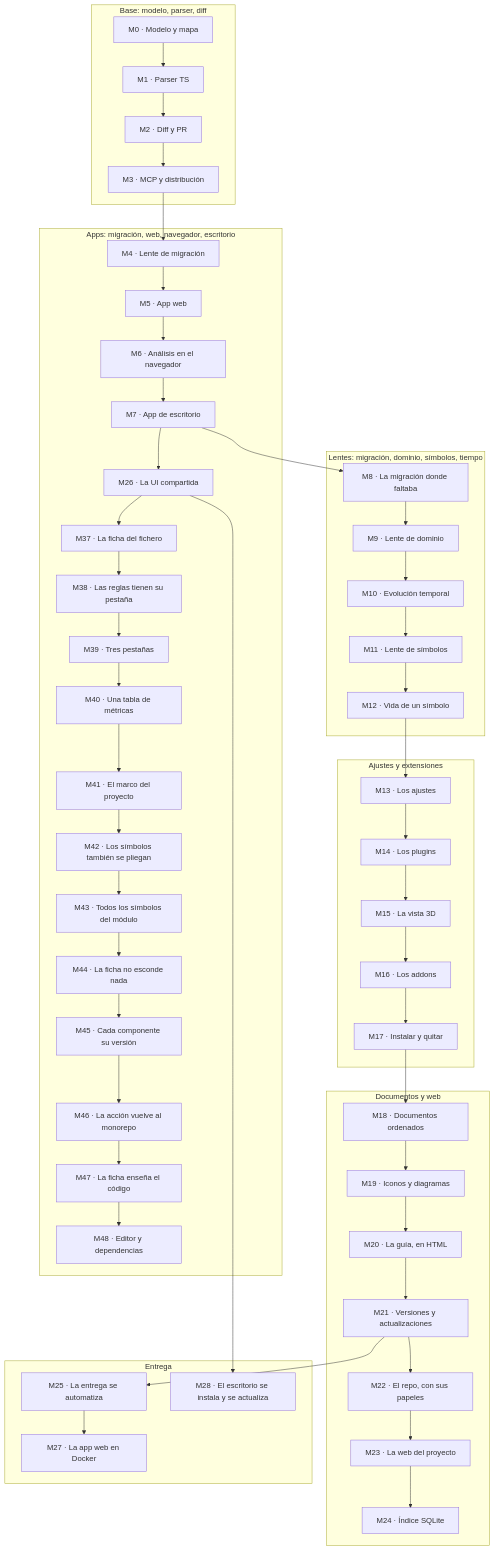
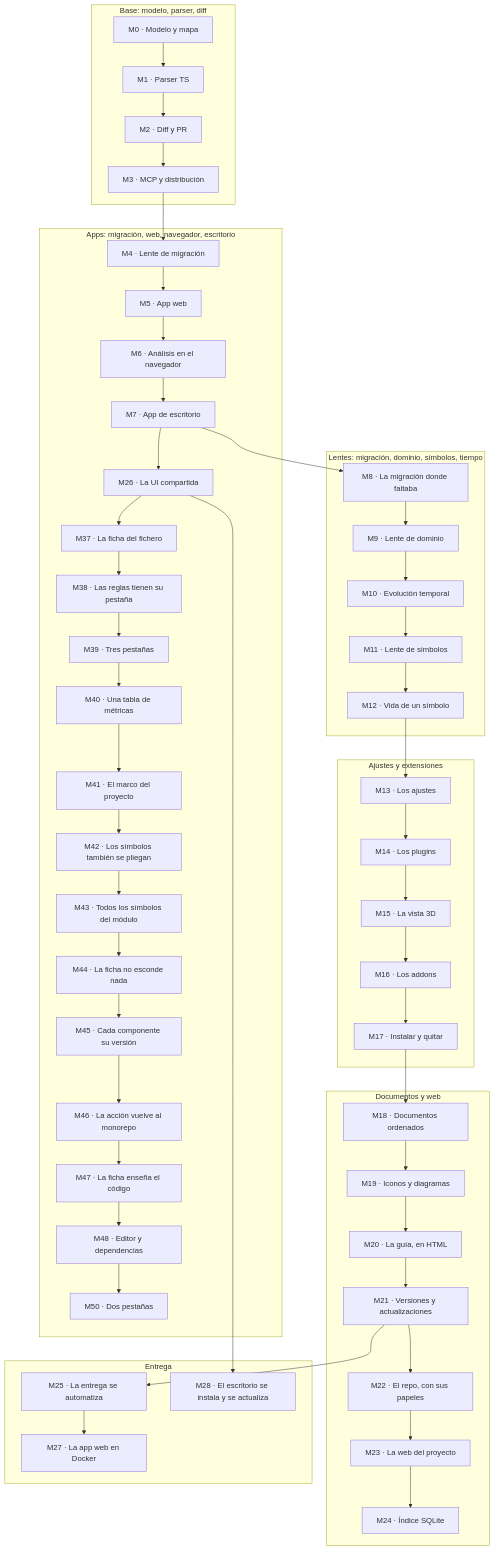
Before and after one commit to jaminsmoke/codarch: the diagram in apps/site/docs/adr/roadmap.md, drawn with Mermaid. The commit also changed other lines of this file and 4 other files, not shown here.

````diff
--- a/apps/site/docs/adr/roadmap.md
+++ b/apps/site/docs/adr/roadmap.md
@@ -38,56 +38,57 @@
 ```mermaid
 flowchart TD
   subgraph base["Base: modelo, parser, diff"]
     M0["M0 · Modelo y mapa"] --> M1["M1 · Parser TS"]
     M1 --> M2["M2 · Diff y PR"]
     M2 --> M3["M3 · MCP y distribución"]
   end
   subgraph apps["Apps: migración, web, navegador, escritorio"]
     M4["M4 · Lente de migración"] --> M5["M5 · App web"]
     M5 --> M6["M6 · Análisis en el navegador"]
     M6 --> M7["M7 · App de escritorio"]
     M7 --> M26["M26 · La UI compartida"]
     M26 --> M37["M37 · La ficha del fichero"]
     M37 --> M38["M38 · Las reglas tienen su pestaña"]
     M38 --> M39["M39 · Tres pestañas"]
     M39 --> M40["M40 · Una tabla de métricas"]
     M40 --> M41["M41 · El marco del proyecto"]
     M41 --> M42["M42 · Los símbolos también se pliegan"]
     M42 --> M43["M43 · Todos los símbolos del módulo"]
     M43 --> M44["M44 · La ficha no esconde nada"]
     M44 --> M45["M45 · Cada componente su versión"]
     M45 --> M46["M46 · La acción vuelve al monorepo"]
     M46 --> M47["M47 · La ficha enseña el código"]
     M47 --> M48["M48 · Editor y dependencias"]
+    M48 --> M50["M50 · Dos pestañas"]
   end
   subgraph lentes["Lentes: migración, dominio, símbolos, tiempo"]
     M8["M8 · La migración donde faltaba"] --> M9["M9 · Lente de dominio"]
     M9 --> M10["M10 · Evolución temporal"]
     M10 --> M11["M11 · Lente de símbolos"]
     M11 --> M12["M12 · Vida de un símbolo"]
   end
   subgraph ext["Ajustes y extensiones"]
     M13["M13 · Los ajustes"] --> M14["M14 · Los plugins"]
     M14 --> M15["M15 · La vista 3D"]
     M15 --> M16["M16 · Los addons"]
     M16 --> M17["M17 · Instalar y quitar"]
   end
   subgraph docs["Documentos y web"]
     M18["M18 · Documentos ordenados"] --> M19["M19 · Iconos y diagramas"]
     M19 --> M20["M20 · La guía, en HTML"]
     M20 --> M21["M21 · Versiones y actualizaciones"]
     M21 --> M22["M22 · El repo, con sus papeles"]
     M22 --> M23["M23 · La web del proyecto"]
     M23 --> M24["M24 · Índice SQLite"]
   end
   subgraph delivery["Entrega"]
     M25["M25 · La entrega se automatiza"]
     M25 --> M27["M27 · La app web en Docker"]
     M26 --> M28["M28 · El escritorio se instala y se actualiza"]
   end
   M3 --> M4
   M7 --> M8
   M12 --> M13
   M17 --> M18
   M21 --> M25
 ```
````
